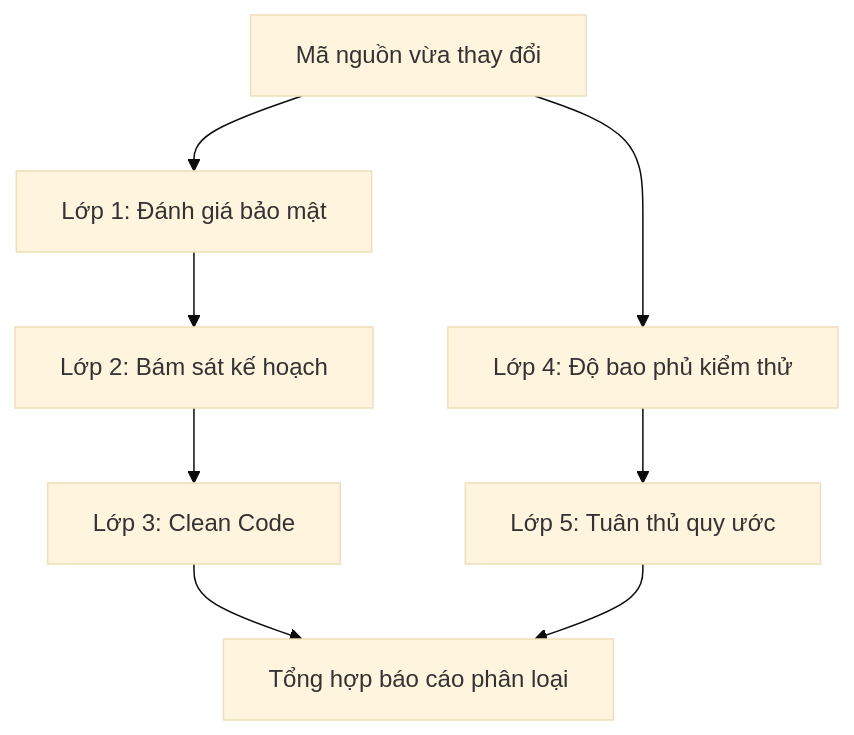
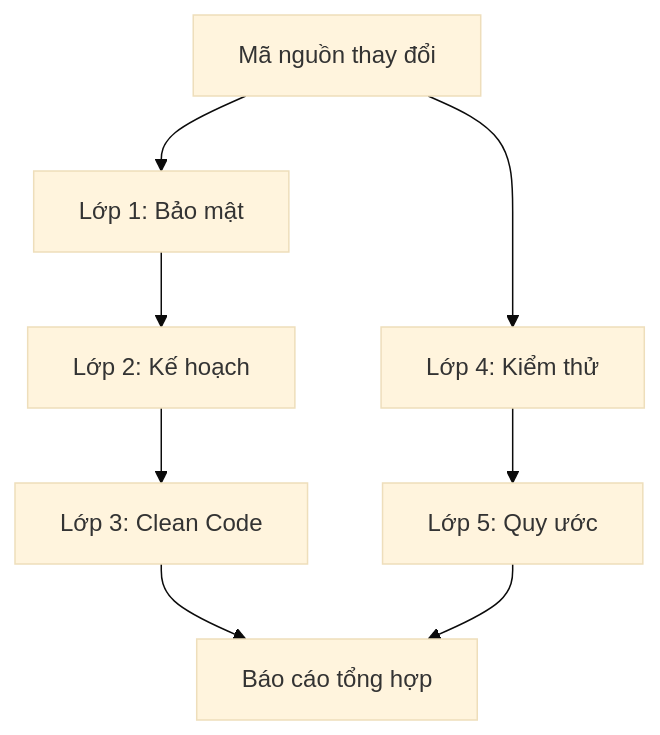
One commit to nguyengoctin/my_website changed the sixth of 6 diagrams in content/posts/toan-tap-coding-friend-ai-engineering.md. Above: the diagram before and after it, drawn with Mermaid (base theme). The commit also changed other lines of this file and 9 other files, not shown here.

````diff
--- a/content/posts/toan-tap-coding-friend-ai-engineering.md
+++ b/content/posts/toan-tap-coding-friend-ai-engineering.md
@@ -161,10 +186,17 @@
 ```mermaid
 flowchart TD
-    Diff["Mã nguồn vừa thay đổi"] --> L1["Lớp 1: Đánh giá bảo mật"]
-    Diff --> L4["Lớp 4: Độ bao phủ kiểm thử"]
-    L1 --> L2["Lớp 2: Bám sát kế hoạch"]
-    L4 --> L5["Lớp 5: Tuân thủ quy ước"]
-    L2 --> L3["Lớp 3: Clean Code"]
-    L3 --> Merge["Tổng hợp báo cáo phân loại"]
+    Diff["`Mã nguồn thay đổi`"]
+    L1["`Lớp 1: Bảo mật`"]
+    L2["`Lớp 2: Kế hoạch`"]
+    L3["`Lớp 3: Clean Code`"]
+    L4["`Lớp 4: Kiểm thử`"]
+    L5["`Lớp 5: Quy ước`"]
+    Merge["`Báo cáo tổng hợp`"]
+    Diff --> L1
+    Diff --> L4
+    L1 --> L2
+    L4 --> L5
+    L2 --> L3
+    L3 --> Merge
     L5 --> Merge
 ```
````
